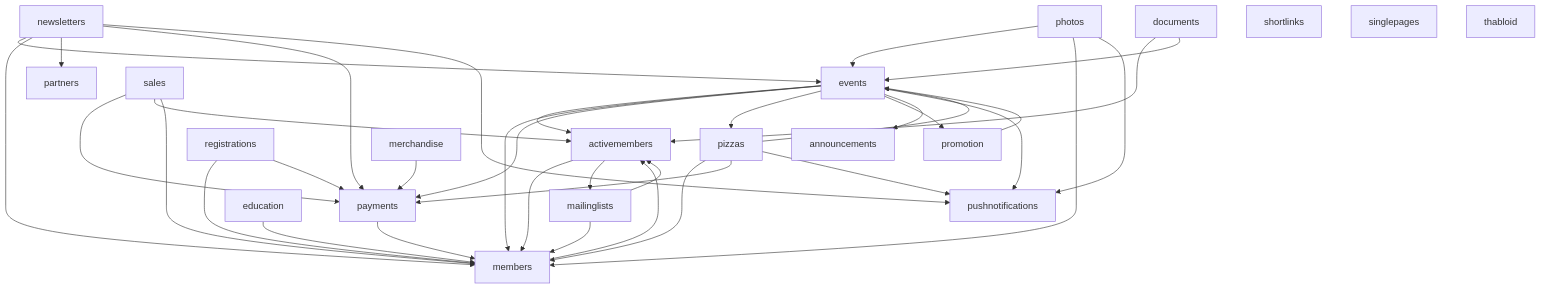
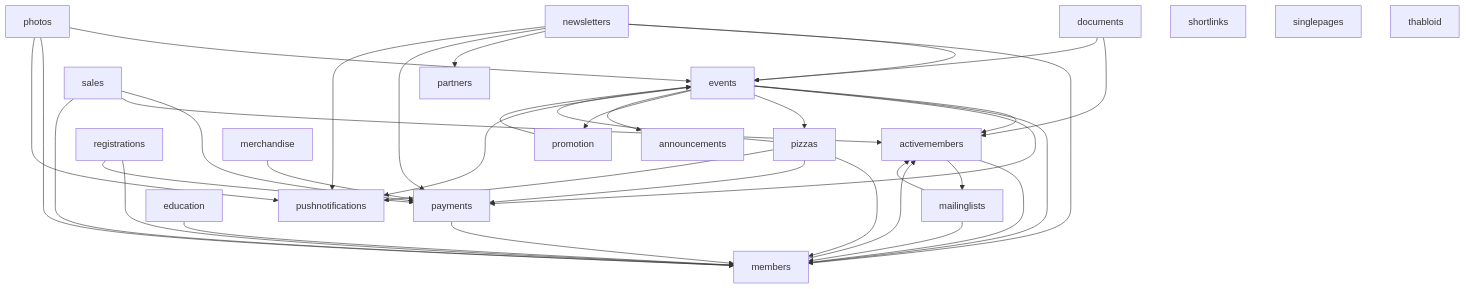
Before and after one commit to svthalia/concrexit: the diagram in README.md, drawn with Mermaid. The commit also changed other lines of this file, not shown here.

````diff
--- a/README.md
+++ b/README.md
@@ -70,61 +70,61 @@
 ```mermaid
 graph TD;
     activemembers --> members;
     activemembers --> mailinglists;
     events --> activemembers;
     events --> members;
     events --> payments;
     mailinglists --> activemembers;
     mailinglists --> members;
     newsletters --> events;
     newsletters --> members;
     newsletters --> partners;
     photos --> events;
-    photos --> members;
     pizzas --> events;
     pizzas --> members;
     pizzas --> payments;
     promotion --> events;
     registrations --> members;
     registrations --> payments;
     sales --> payments;
     sales --> activemembers;
 
     documents;
     partners;
     announcements;
     pushnotifications;
     shortlinks;
     singlepages;
     thabloid;
     
     %% Current dependencies that are problematic and for which issues exist for fixing 
     %% 2757
     documents --> activemembers;
     documents --> events;
 
     %% 2754
     merchandise --> payments;
     newsletters --> payments;
 
     %% 2752
     education --> members;
     payments --> members; 
+    photos --> members;
     sales --> members;
 
     %% #2753
     events --> pizzas; 
     events --> promotion;
 
     %% #2756
     members --> activemembers;
 
     %% #2579
     events --> announcements; 
 
     %% 2758
     newsletters --> pushnotifications;
     events --> pushnotifications;
     photos --> pushnotifications;
     pizzas --> pushnotifications;
 ```
````
